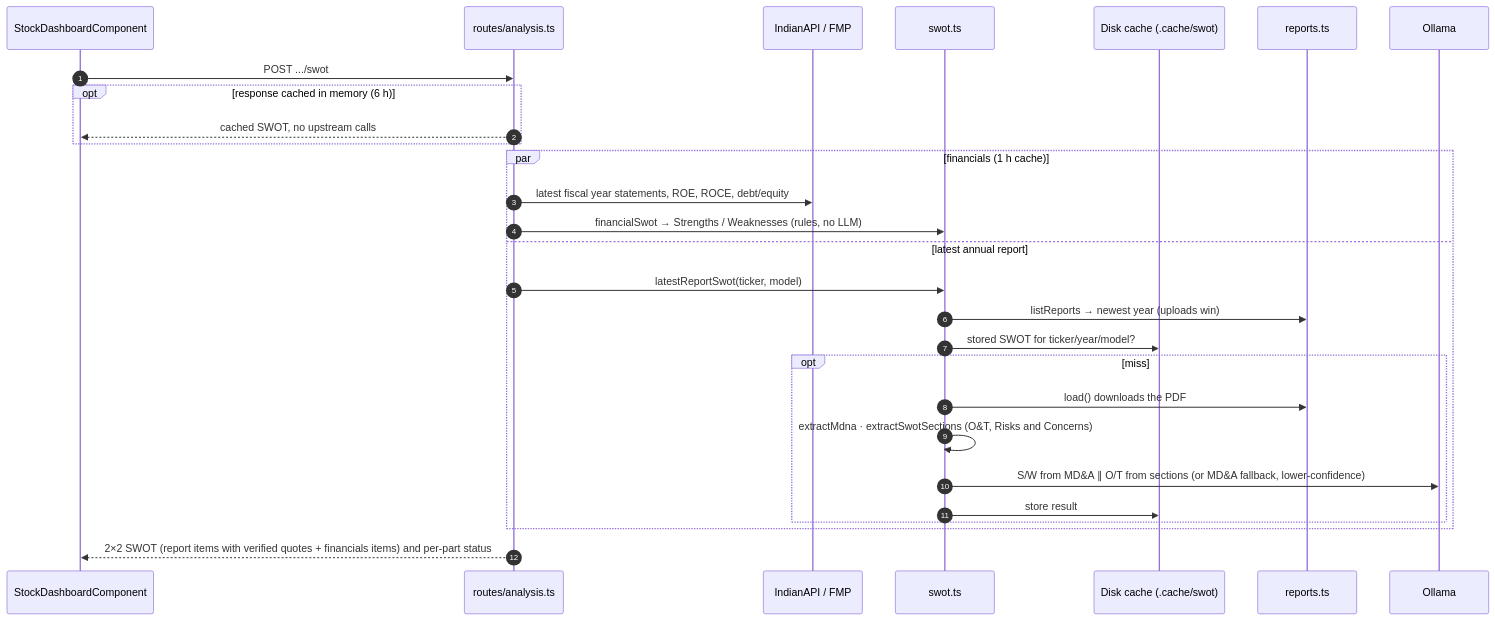
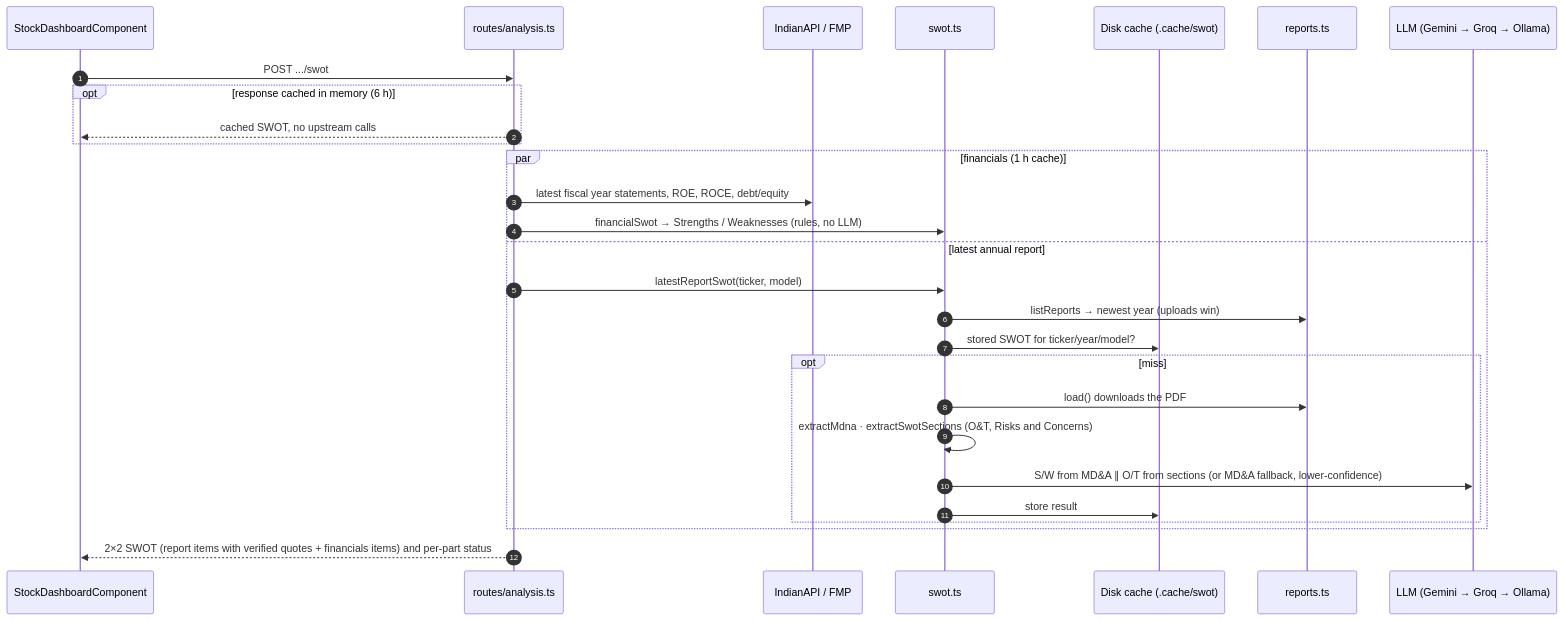
The seventh of 7 diagrams in docs/architecture.md (vigneshsn/dcf-stock-valuation), drawn with Mermaid before and after one commit. The commit also changed other lines of this file and 21 other files, not shown here.

````diff
--- a/docs/architecture.md
+++ b/docs/architecture.md
@@ -223,31 +262,31 @@
 ```mermaid
 sequenceDiagram
     autonumber
     participant UI as StockDashboardComponent
     participant API as routes/analysis.ts
     participant P as IndianAPI / FMP
     participant S as swot.ts
     participant D as Disk cache (.cache/swot)
     participant R as reports.ts
-    participant L as Ollama
+    participant L as LLM (Gemini → Groq → Ollama)
 
     UI->>API: POST .../swot
     opt response cached in memory (6 h)
         API-->>UI: cached SWOT, no upstream calls
     end
     par financials (1 h cache)
         API->>P: latest fiscal year statements, ROE, ROCE, debt/equity
         API->>S: financialSwot → Strengths / Weaknesses (rules, no LLM)
     and latest annual report
         API->>S: latestReportSwot(ticker, model)
         S->>R: listReports → newest year (uploads win)
         S->>D: stored SWOT for ticker/year/model?
         opt miss
             S->>R: load() downloads the PDF
             S->>S: extractMdna · extractSwotSections (O&T, Risks and Concerns)
             S->>L: S/W from MD&A ∥ O/T from sections (or MD&A fallback, lower-confidence)
             S->>D: store result
         end
     end
     API-->>UI: 2×2 SWOT (report items with verified quotes + financials items) and per-part status
 ```
````
